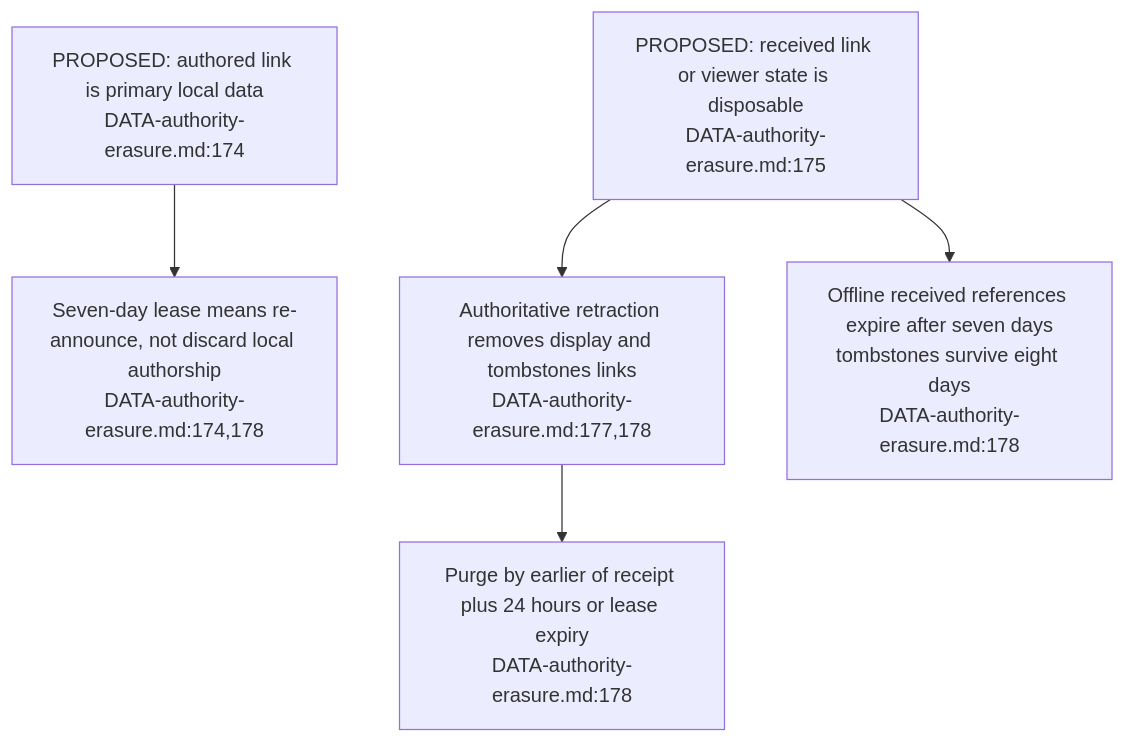
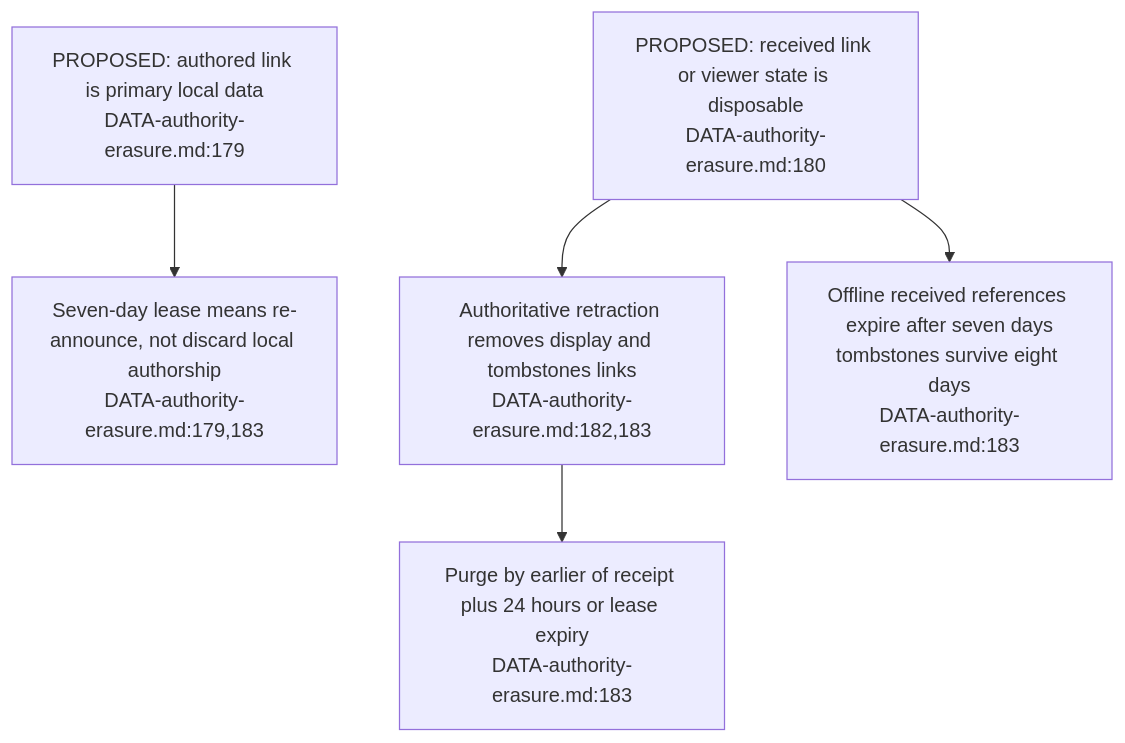
Before and after one commit to DreamLab-AI/VisionFlow: the third of 3 diagrams in docs/diagrams/visionclaw/48-dataspace-federation-prerequisites.md, drawn with Mermaid. The commit also changed other lines of this file and 49 other files, not shown here.

First line of the commit message:
docs(diagrams): re-derive and re-stamp VisionClaw, estate, knowledge-graph, visionGraph, VisionFlow and sidestr topics

````diff
--- a/docs/diagrams/visionclaw/48-dataspace-federation-prerequisites.md
+++ b/docs/diagrams/visionclaw/48-dataspace-federation-prerequisites.md
@@ -64,7 +64,7 @@
 ```mermaid
 flowchart TD
-    OWN["PROPOSED: authored link is primary local data<br/>DATA-authority-erasure.md:174"] --> RENEW["Seven-day lease means re-announce, not discard local authorship<br/>DATA-authority-erasure.md:174,178"]
-    FOREIGN["PROPOSED: received link or viewer state is disposable<br/>DATA-authority-erasure.md:175"] --> RETRACT["Authoritative retraction removes display and tombstones links<br/>DATA-authority-erasure.md:177,178"]
-    RETRACT --> PURGE["Purge by earlier of receipt plus 24 hours or lease expiry<br/>DATA-authority-erasure.md:178"]
-    FOREIGN --> EXPIRE["Offline received references expire after seven days<br/>tombstones survive eight days<br/>DATA-authority-erasure.md:178"]
+    OWN["PROPOSED: authored link is primary local data<br/>DATA-authority-erasure.md:179"] --> RENEW["Seven-day lease means re-announce, not discard local authorship<br/>DATA-authority-erasure.md:179,183"]
+    FOREIGN["PROPOSED: received link or viewer state is disposable<br/>DATA-authority-erasure.md:180"] --> RETRACT["Authoritative retraction removes display and tombstones links<br/>DATA-authority-erasure.md:182,183"]
+    RETRACT --> PURGE["Purge by earlier of receipt plus 24 hours or lease expiry<br/>DATA-authority-erasure.md:183"]
+    FOREIGN --> EXPIRE["Offline received references expire after seven days<br/>tombstones survive eight days<br/>DATA-authority-erasure.md:183"]
 ```
````
